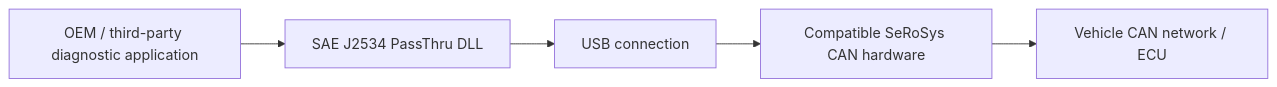
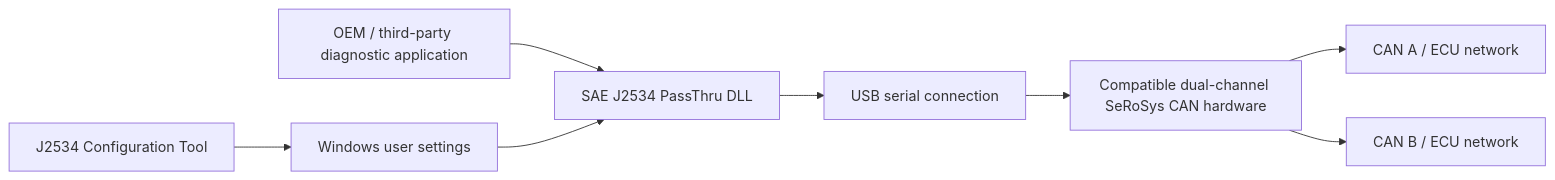
One commit to SeppHansen/SLSS_J2534_PassThru-API changed the diagram in README.md. Above: the diagram before and after it, drawn with Mermaid. The commit also changed other lines of this file and 3 other files, not shown here.

Commit message:
Add improved version 2.0 with CAN FD support and multi channel beta test

````diff
--- a/README.md
+++ b/README.md
@@ -39,7 +45,10 @@
 ```mermaid
 flowchart LR
     A[OEM / third-party diagnostic application] --> B[SAE J2534 PassThru DLL]
-    B --> C[USB connection]
-    C --> D[Compatible SeRoSys CAN hardware]
-    D --> E[Vehicle CAN network / ECU]
+    F[J2534 Configuration Tool] --> G[Windows user settings]
+    G --> B
+    B --> C[USB serial connection]
+    C --> D[Compatible dual-channel SeRoSys CAN hardware]
+    D --> E1[CAN A / ECU network]
+    D --> E2[CAN B / ECU network]
 ```
````
